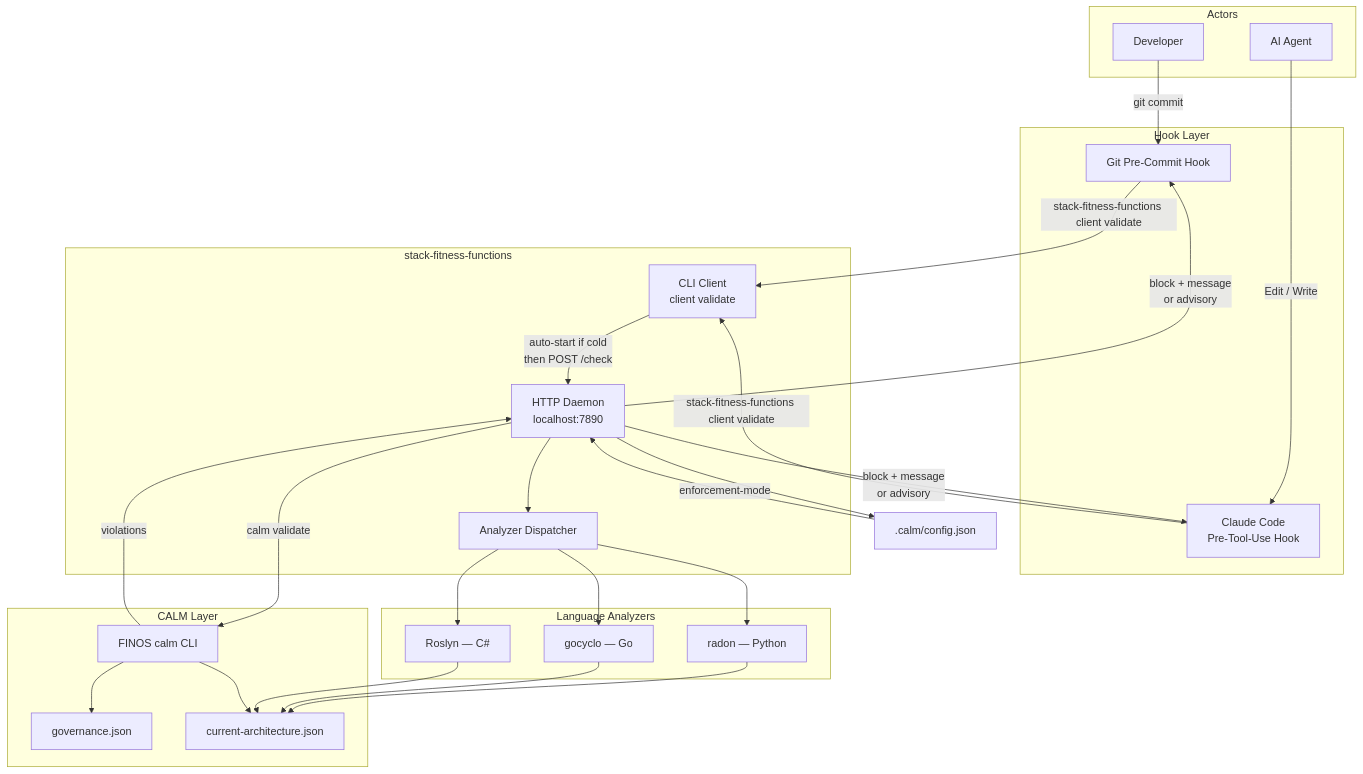
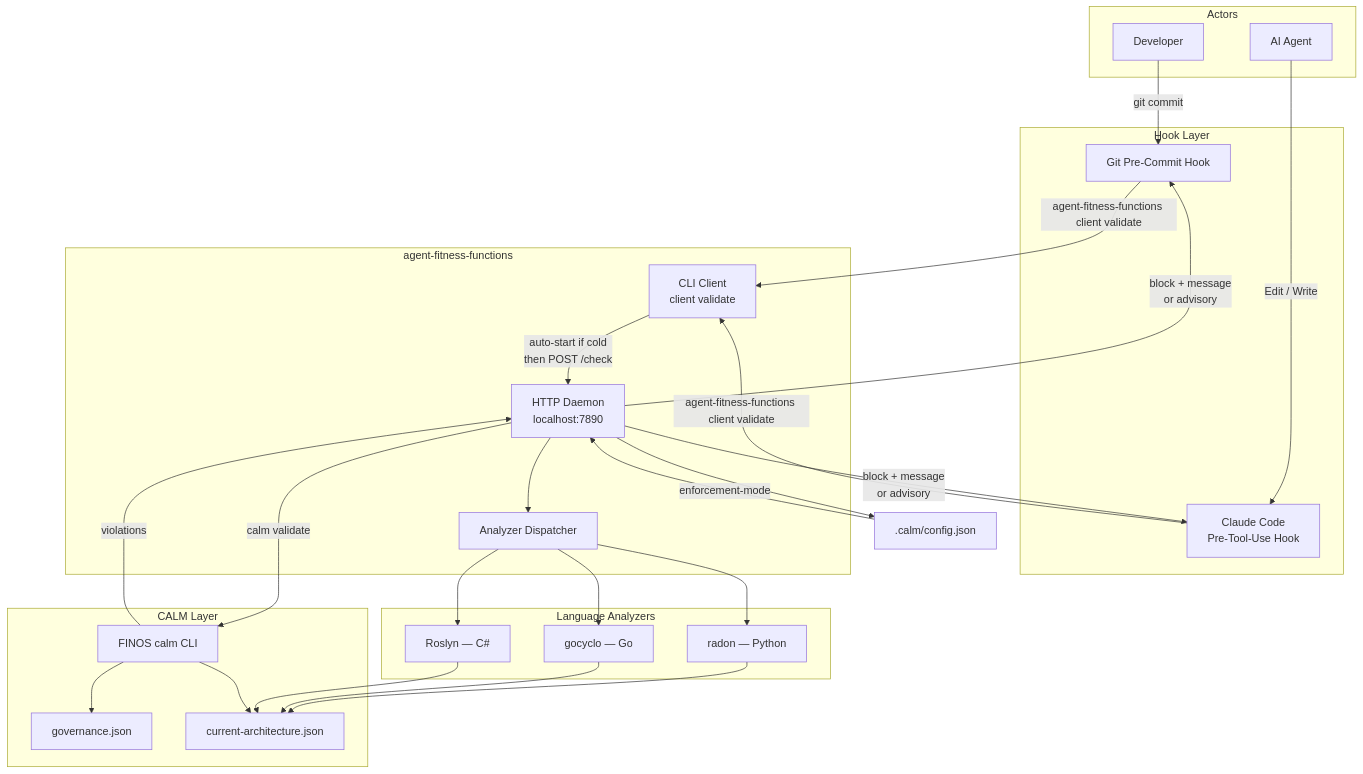
The diagram in docs/spec/engineering-spec.md (AvogadroSG1/agent-fitness-functions), drawn with Mermaid before and after one commit. The commit also changed other lines of this file and 797 other files, not shown here.

````diff
--- a/docs/spec/engineering-spec.md
+++ b/docs/spec/engineering-spec.md
@@ -35,53 +35,53 @@
 ```mermaid
 graph TD
     subgraph Actors
         DEV[Developer]
         AGENT[AI Agent]
     end
 
     subgraph "Hook Layer"
         PTU[Claude Code\nPre-Tool-Use Hook]
         PCH[Git Pre-Commit Hook]
     end
 
-    subgraph stack-fitness-functions
+    subgraph agent-fitness-functions
         CLI[CLI Client\nclient validate]
         DAEMON[HTTP Daemon\nlocalhost:7890]
         DISPATCH[Analyzer Dispatcher]
     end
 
     subgraph "Language Analyzers"
         RADON[radon — Python]
         GOCYCLO[gocyclo — Go]
         ROSLYN[Roslyn — C#]
     end
 
     subgraph "CALM Layer"
         CALMCLI[FINOS calm CLI]
         GOV[governance.json]
         ARCH[current-architecture.json]
     end
 
     REPOCFG[.calm/config.json]
 
     AGENT -->|Edit / Write| PTU
     DEV -->|git commit| PCH
-    PTU -->|stack-fitness-functions client validate| CLI
-    PCH -->|stack-fitness-functions client validate| CLI
+    PTU -->|agent-fitness-functions client validate| CLI
+    PCH -->|agent-fitness-functions client validate| CLI
     CLI -->|auto-start if cold\nthen POST /check| DAEMON
     DAEMON --> DISPATCH
     DISPATCH --> RADON
     DISPATCH --> GOCYCLO
     DISPATCH --> ROSLYN
     RADON --> ARCH
     GOCYCLO --> ARCH
     ROSLYN --> ARCH
     DAEMON -->|calm validate| CALMCLI
     CALMCLI --> GOV
     CALMCLI --> ARCH
     CALMCLI -->|violations| DAEMON
     DAEMON --> REPOCFG
     REPOCFG -->|enforcement-mode| DAEMON
     DAEMON -->|block + message\nor advisory| PTU
     DAEMON -->|block + message\nor advisory| PCH
 ```
````
